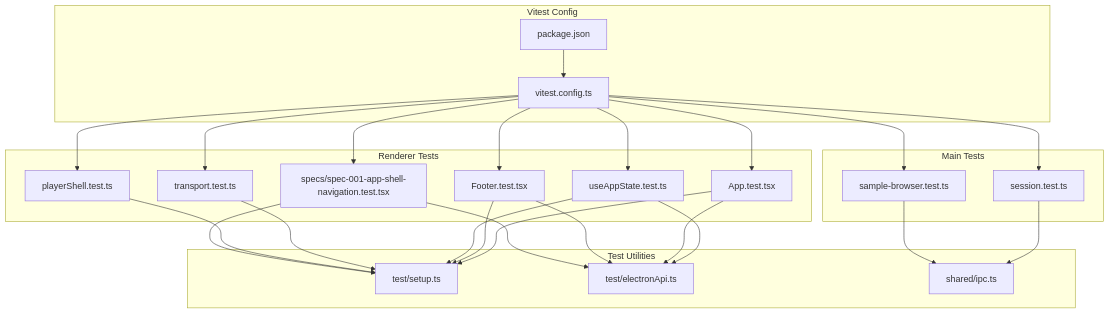
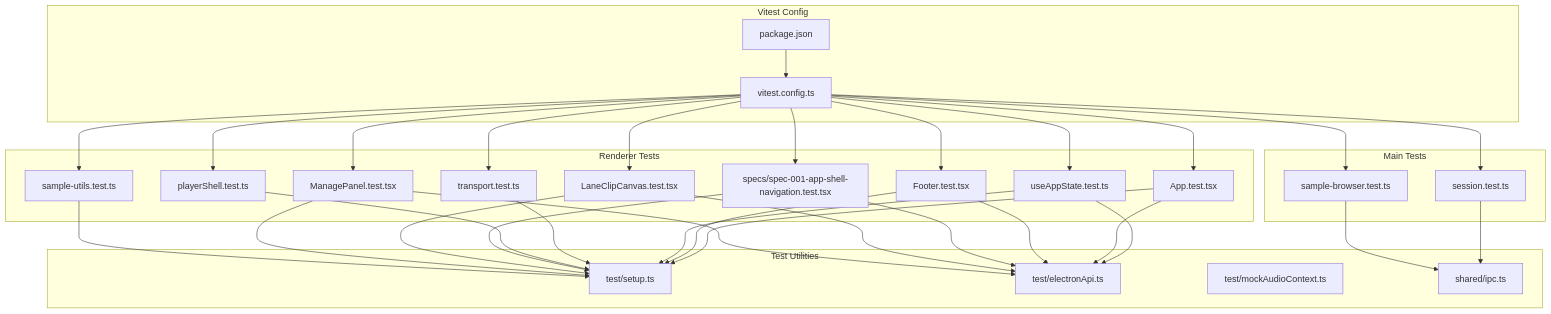
Before and after one commit to satyrlord/mixjam-electron: the first of 10 diagrams in .qoder/repowiki/en/content/Testing Strategy.md, drawn with Mermaid. The commit also changed other lines of this file and 14 other files, not shown here.

````diff
--- a/.qoder/repowiki/en/content/Testing Strategy.md
+++ b/.qoder/repowiki/en/content/Testing Strategy.md
@@ -46,45 +63,57 @@
 ```mermaid
 graph TB
 subgraph "Renderer Tests"
 R1["App.test.tsx"]
 R2["Footer.test.tsx"]
 R3["useAppState.test.ts"]
 R4["transport.test.ts"]
 R5["playerShell.test.ts"]
 R6["specs/spec-001-app-shell-navigation.test.tsx"]
+R7["LaneClipCanvas.test.tsx"]
+R8["ManagePanel.test.tsx"]
+R9["sample-utils.test.ts"]
 end
 subgraph "Main Tests"
 M1["session.test.ts"]
 M2["sample-browser.test.ts"]
 end
 subgraph "Test Utilities"
 U1["test/setup.ts"]
 U2["test/electronApi.ts"]
-U3["shared/ipc.ts"]
+U3["test/mockAudioContext.ts"]
+U4["shared/ipc.ts"]
 end
 subgraph "Vitest Config"
 V1["vitest.config.ts"]
 P1["package.json"]
 end
 R1 --> U1
 R2 --> U1
 R3 --> U1
 R4 --> U1
 R5 --> U1
 R6 --> U1
+R7 --> U1
+R8 --> U1
+R9 --> U1
 R3 --> U2
 R1 --> U2
 R2 --> U2
 R6 --> U2
-M1 --> U3
-M2 --> U3
+R7 --> U2
+R8 --> U2
+M1 --> U4
+M2 --> U4
 V1 --> R1
 V1 --> R2
 V1 --> R3
 V1 --> R4
 V1 --> R5
 V1 --> R6
+V1 --> R7
+V1 --> R8
+V1 --> R9
 V1 --> M1
 V1 --> M2
 P1 --> V1
 ```
````
